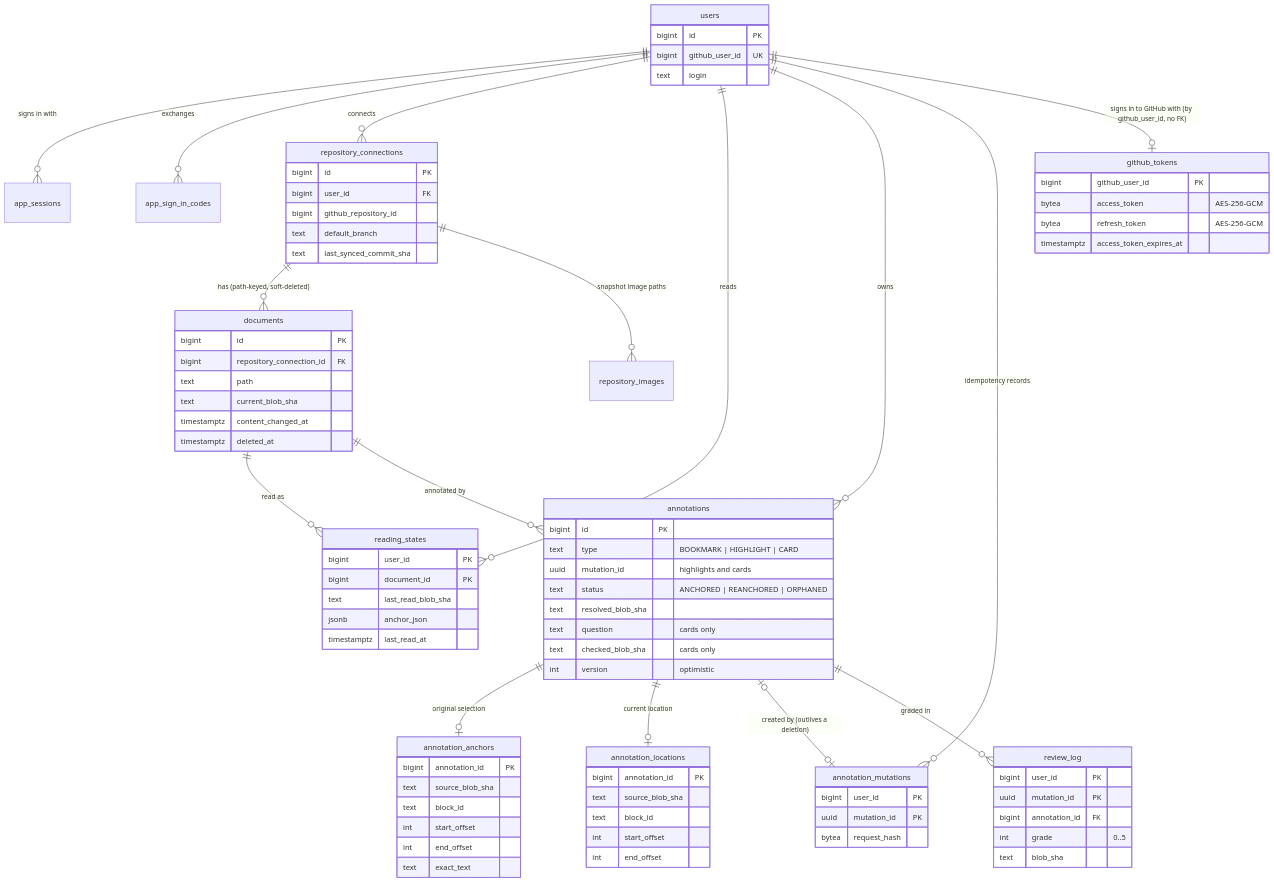
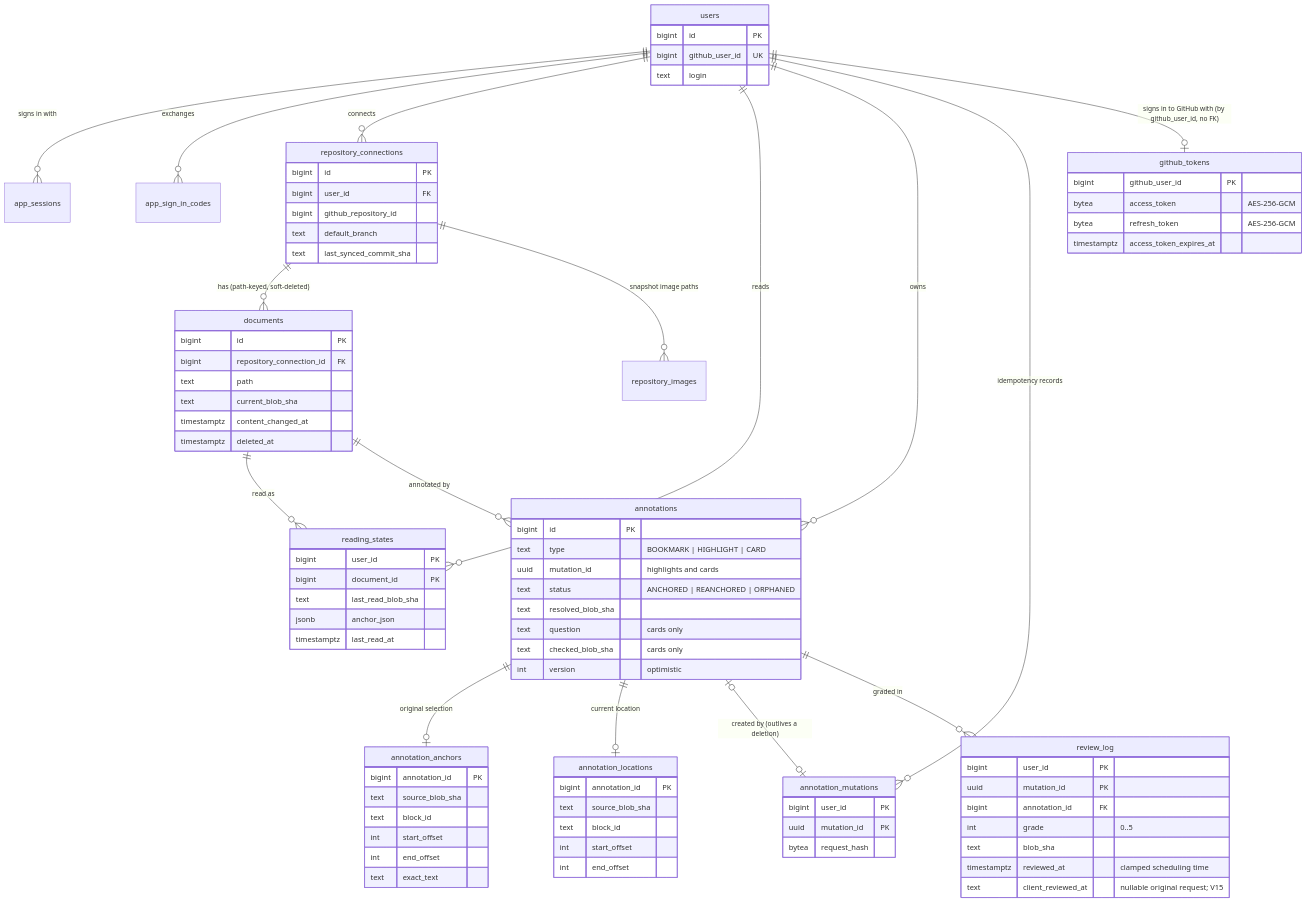
One commit to jaxwong/reporead changed the fourth of 12 diagrams in docs/architecture.md. Above: the diagram before and after it, drawn with Mermaid. The commit also changed other lines of this file and 29 other files, not shown here.

````diff
--- a/docs/architecture.md
+++ b/docs/architecture.md
@@ -256,5 +256,7 @@
         bigint annotation_id FK
         int grade "0..5"
         text blob_sha
+        timestamptz reviewed_at "clamped scheduling time"
+        text client_reviewed_at "nullable original request; V15"
     }
 ```
````
